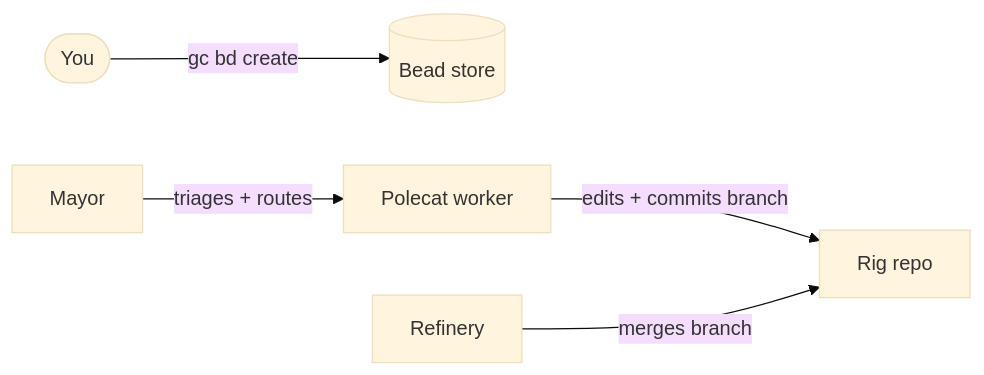
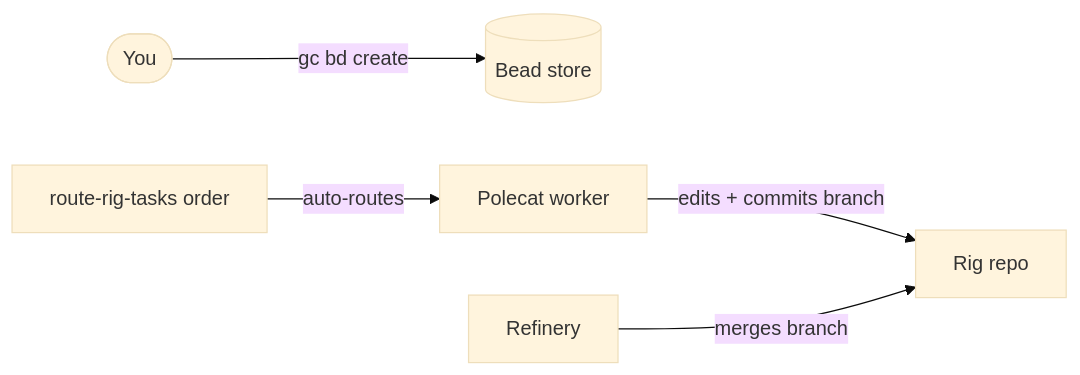
The first of 3 diagrams in docs/GETTING-STARTED.md (lago-morph/software-factory-prototype), drawn with Mermaid (base theme) before and after one commit. The commit also changed other lines of this file and 4 other files, not shown here.

First line of the commit message:
Autonomous dispatch: route rig task beads to polecats via a controller order

````diff
--- a/docs/GETTING-STARTED.md
+++ b/docs/GETTING-STARTED.md
@@ -19,7 +19,7 @@
 ```mermaid
 flowchart LR
   you([You]) -->|gc bd create| store[(Bead store)]
-  mayor[Mayor] -->|triages + routes| polecat[Polecat worker]
+  order[route-rig-tasks order] -->|auto-routes| polecat[Polecat worker]
   polecat -->|edits + commits branch| rig[Rig repo]
   refinery[Refinery] -->|merges branch| rig
 ```
````
